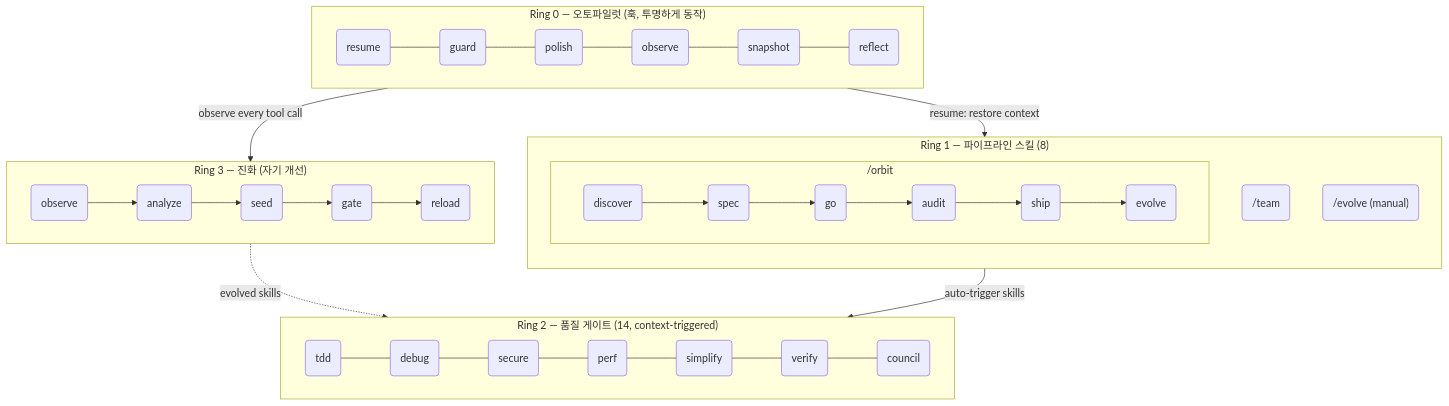
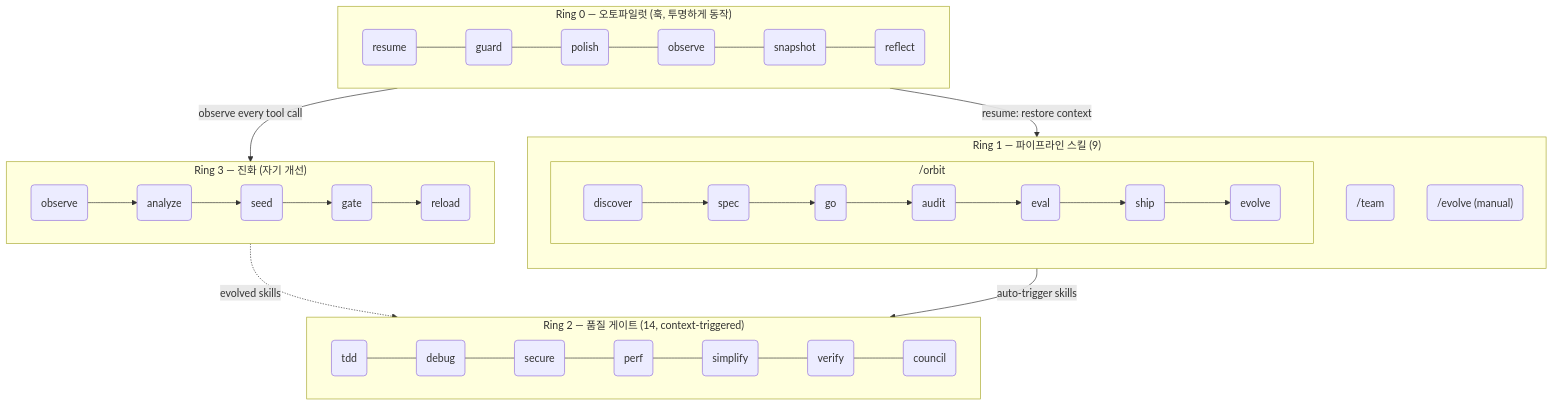
One commit to epicsagas/epic-harness changed the second of 2 diagrams in i18n/ko/README.md. Above: the diagram before and after it, drawn with Mermaid. The commit also changed other lines of this file and 10 other files, not shown here.

````diff
--- a/i18n/ko/README.md
+++ b/i18n/ko/README.md
@@ -433,32 +437,32 @@
 ```mermaid
 flowchart TB
     subgraph R0["Ring 0 — 오토파일럿 (훅, 투명하게 동작)"]
         direction LR
         h1(resume) --- h2(guard) --- h3(polish) --- h4(observe) --- h5(snapshot) --- h6(reflect)
     end
 
-    subgraph R1["Ring 1 — 파이프라인 스킬 (8)"]
+    subgraph R1["Ring 1 — 파이프라인 스킬 (9)"]
         direction TB
         subgraph orbit_wrap["  /orbit  "]
             direction LR
-            c1("discover") --> c2("spec") --> c3("go") --> c4("audit") --> c5("ship") --> c6("evolve")
+            c1("discover") --> c2("spec") --> c3("go") --> c4("audit") --> c4b("eval") --> c5("ship") --> c6("evolve")
         end
         c7("/team")
         c8("/evolve (manual)")
     end
 
     subgraph R2["Ring 2 — 품질 게이트 (14, context-triggered)"]
         direction LR
         s1(tdd) --- s2(debug) --- s3(secure) --- s4(perf) --- s5(simplify) --- s6(verify) --- s7(council)
     end
 
     subgraph R3["Ring 3 — 진화 (자기 개선)"]
         direction LR
         e1(observe) --> e2(analyze) --> e3(seed) --> e4(gate) --> e5(reload)
     end
 
     R0 -->|"observe every tool call"| R3
     R3 -.->|"evolved skills"| R2
     R1 -->|"auto-trigger skills"| R2
     R0 -->|"resume: restore context"| R1
 ```
````
